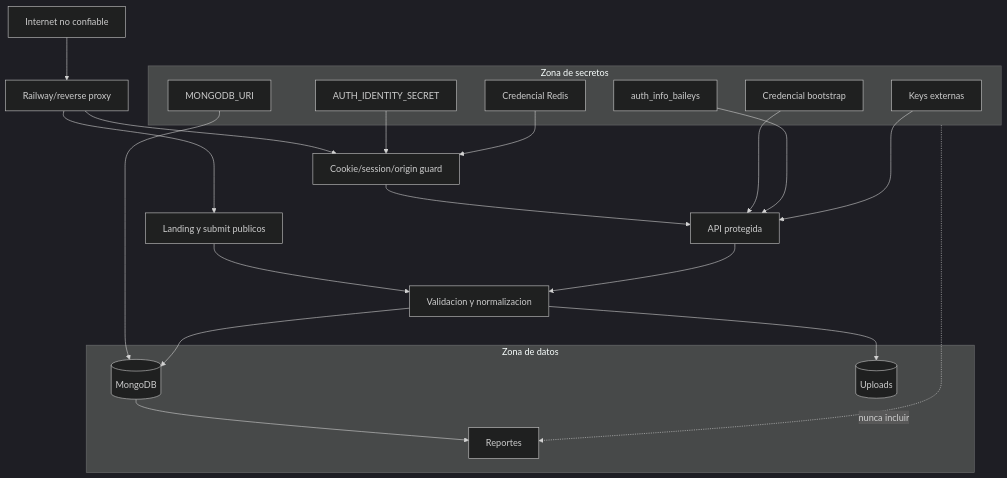
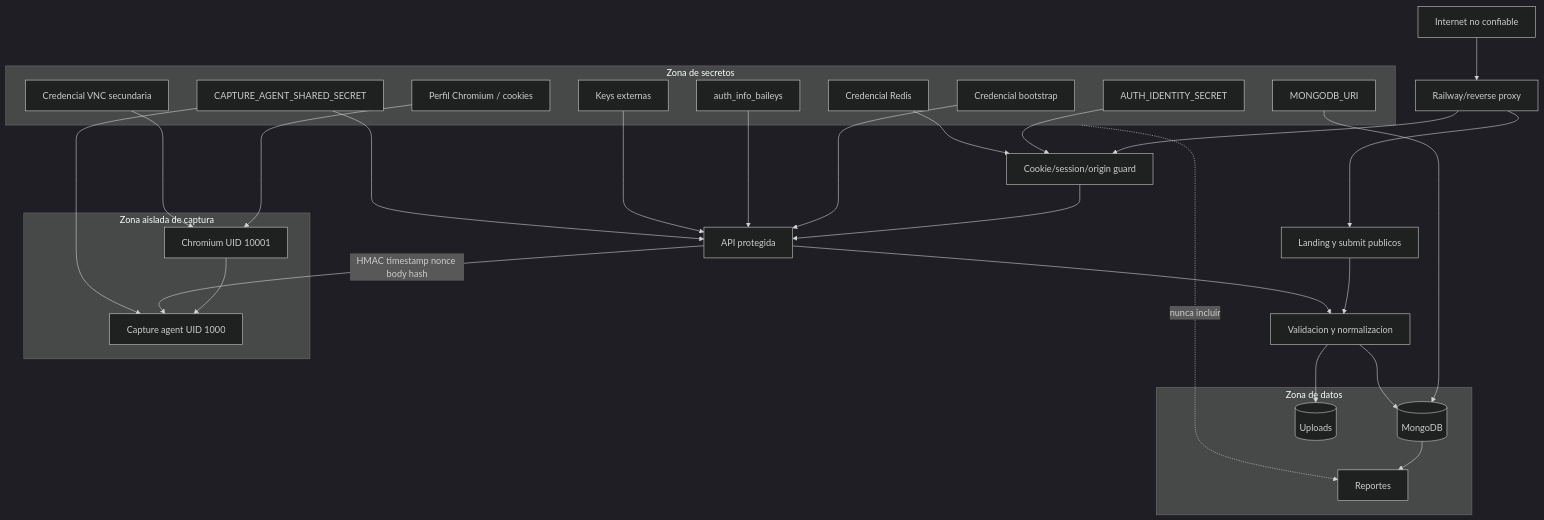
Before and after one commit to deco31416/wp-monitor: the diagram in docs/diagrams/13-trust-boundaries.md, drawn with Mermaid (dark theme). The commit also changed other lines of this file and 74 other files, not shown here.

Commit message:
feat: preparar despliegue VPS y captura aislada 3.1.0

````diff
--- a/docs/diagrams/13-trust-boundaries.md
+++ b/docs/diagrams/13-trust-boundaries.md
@@ -7,38 +7,52 @@
 ```mermaid
 flowchart TB
     Internet[Internet no confiable]
     Proxy[Railway/reverse proxy]
     PublicRoute[Landing y submit publicos]
     Guard[Cookie/session/origin guard]
     Protected[API protegida]
     Validation[Validacion y normalizacion]
 
     subgraph Secrets[Zona de secretos]
       BootstrapPassword[Credencial bootstrap]
       IdentitySecret[AUTH_IDENTITY_SECRET]
       RedisCredentials[Credencial Redis]
       MongoUri[MONGODB_URI]
       BaileysSession[auth_info_baileys]
       ProviderKeys[Keys externas]
+      AgentSecret[CAPTURE_AGENT_SHARED_SECRET]
+      BrowserProfile[Perfil Chromium / cookies]
+      VncPassword[Credencial VNC secundaria]
+    end
+
+    subgraph CaptureZone[Zona aislada de captura]
+      BrowserWA[Chromium UID 10001]
+      Agent[Capture agent UID 1000]
+      BrowserWA --> Agent
     end
 
     subgraph Data[Zona de datos]
       Mongo[(MongoDB)]
       Uploads[(Uploads)]
       Reports[Reportes]
     end
 
     Internet --> Proxy
     Proxy --> PublicRoute --> Validation
     Proxy --> Guard --> Protected --> Validation
     BootstrapPassword --> Protected
     IdentitySecret --> Guard
     RedisCredentials --> Guard
     MongoUri --> Mongo
     BaileysSession --> Protected
     ProviderKeys --> Protected
+    Protected -->|HMAC timestamp nonce body hash| Agent
+    AgentSecret --> Protected
+    AgentSecret --> Agent
+    BrowserProfile --> BrowserWA
+    VncPassword --> BrowserWA
     Validation --> Mongo
     Validation --> Uploads
     Mongo --> Reports
     Secrets -. nunca incluir .-> Reports
 ```
````
